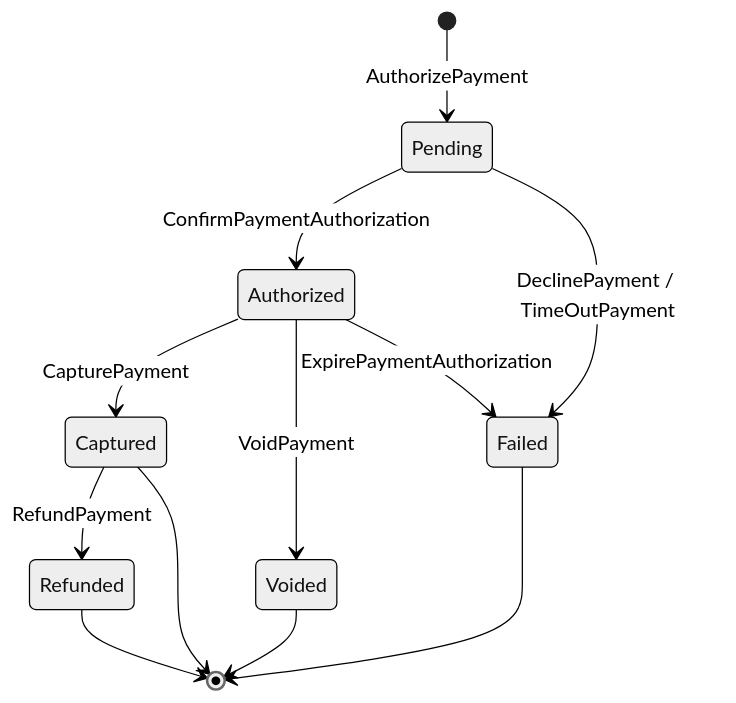
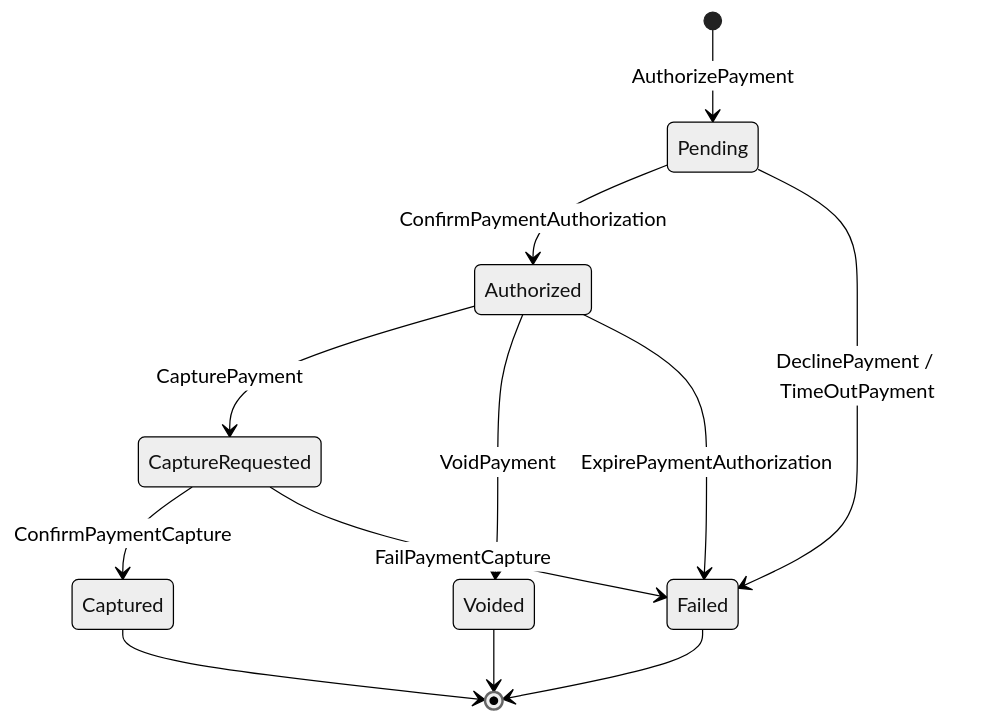
The first of 4 diagrams in samples/distributed-processes/README.md (oskardudycz/EventSourcing.JVM), drawn with Mermaid (neutral theme) before and after one commit. The commit also changed other lines of this file and 115 other files, not shown here.

Commit message:
Refactored the e-commerce flow to be real and use real terms and removed useless external events and data

````diff
--- a/samples/distributed-processes/README.md
+++ b/samples/distributed-processes/README.md
@@ -207,14 +207,14 @@
 ```mermaid
 stateDiagram-v2
     [*] --> Pending: AuthorizePayment
     Pending --> Authorized: ConfirmPaymentAuthorization
     Pending --> Failed: DeclinePayment / TimeOutPayment
-    Authorized --> Captured: CapturePayment
+    Authorized --> CaptureRequested: CapturePayment
     Authorized --> Voided: VoidPayment
     Authorized --> Failed: ExpirePaymentAuthorization
-    Captured --> Refunded: RefundPayment
+    CaptureRequested --> Captured: ConfirmPaymentCapture
+    CaptureRequested --> Failed: FailPaymentCapture
     Captured --> [*]
     Voided --> [*]
-    Refunded --> [*]
     Failed --> [*]
 ```
````
